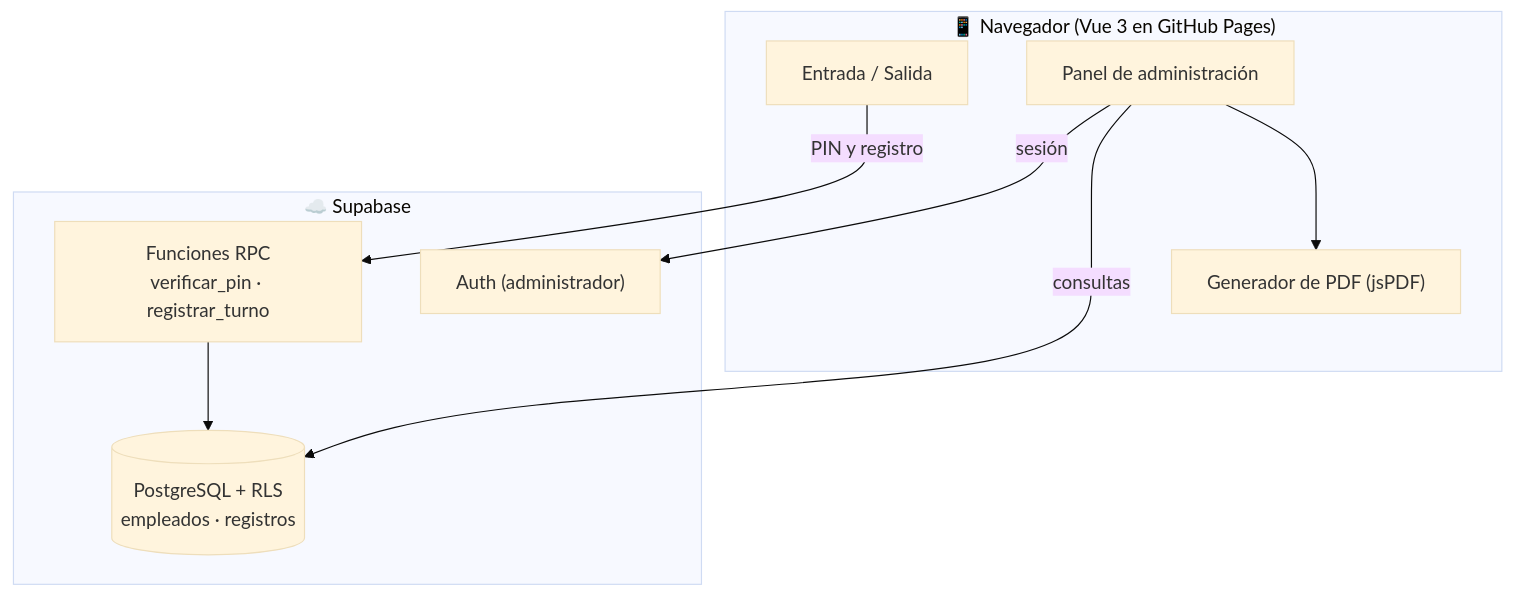
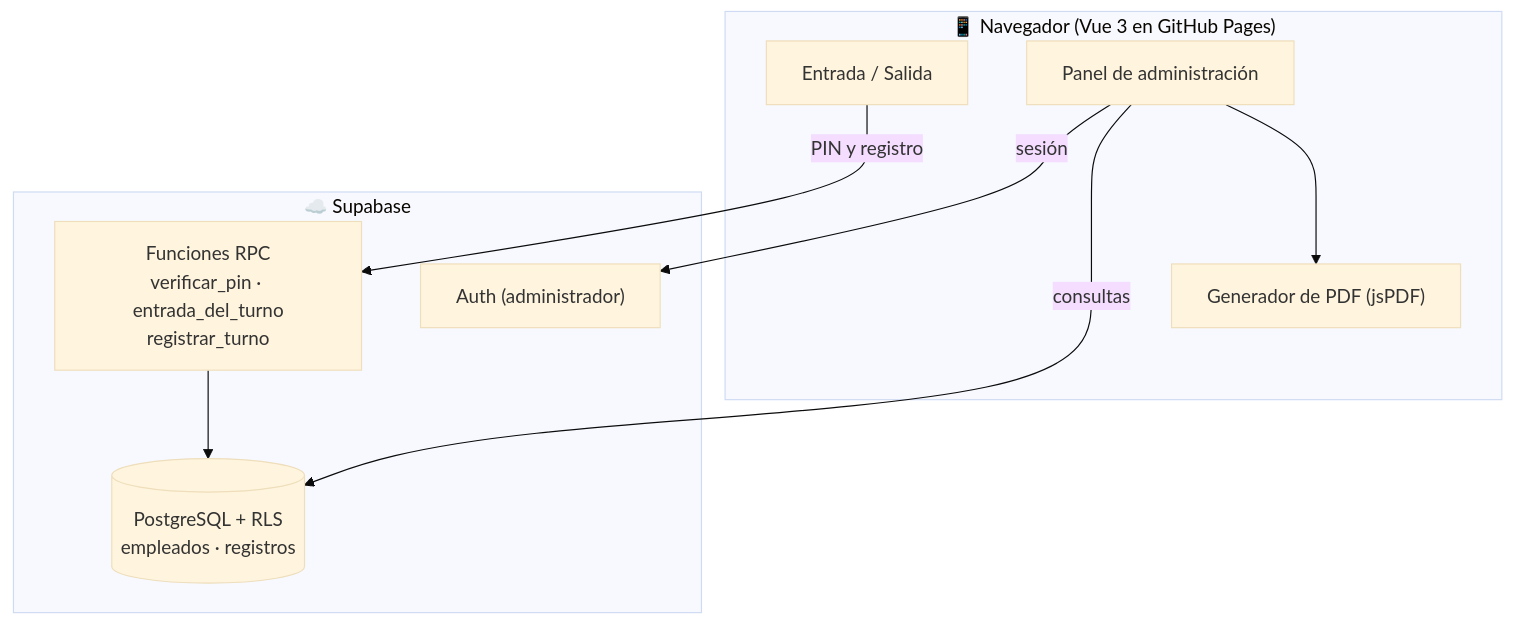
One commit to Figueira205/Domi-QR changed the second of 2 diagrams in README.md. Above: the diagram before and after it, drawn with Mermaid (base theme). The commit also changed other lines of this file and 9 other files, not shown here.

````diff
--- a/README.md
+++ b/README.md
@@ -173,20 +181,20 @@
 ```mermaid
 flowchart TB
     subgraph Navegador["📱 Navegador (Vue 3 en GitHub Pages)"]
         E["Entrada / Salida"]
         A["Panel de administración"]
         P["Generador de PDF (jsPDF)"]
     end
 
     subgraph Supabase["☁️ Supabase"]
-        R["Funciones RPC<br/>verificar_pin · registrar_turno"]
+        R["Funciones RPC<br/>verificar_pin · entrada_del_turno<br/>registrar_turno"]
         AU["Auth (administrador)"]
         DB[("PostgreSQL + RLS<br/>empleados · registros")]
     end
 
     E -->|PIN y registro| R
     A -->|sesión| AU
     A -->|consultas| DB
     R --> DB
     A --> P
 ```
````
